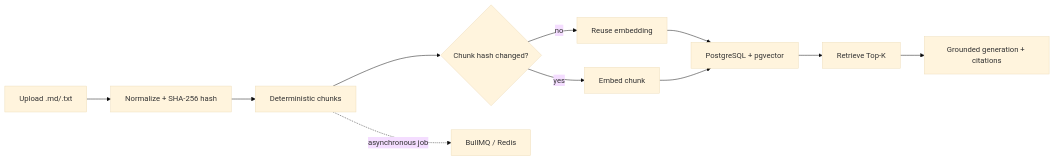
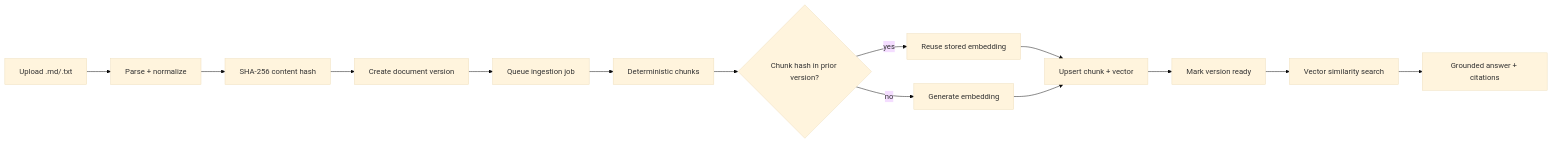
One commit to omkute/ragflow changed the second of 2 diagrams in README.md. Above: the diagram before and after it, drawn with Mermaid (base theme). The commit also changed other lines of this file, not shown here.

````diff
--- a/README.md
+++ b/README.md
@@ -13,13 +64,16 @@
 ```mermaid
 flowchart LR
-  A[Upload .md/.txt] --> B[Normalize + SHA-256 hash]
-  B --> C[Deterministic chunks]
-  C --> D{Chunk hash changed?}
-  D -- no --> E[Reuse embedding]
-  D -- yes --> F[Embed chunk]
-  E --> G[PostgreSQL + pgvector]
-  F --> G
-  G --> H[Retrieve Top-K]
-  H --> I[Grounded generation + citations]
-  C -. asynchronous job .-> J[BullMQ / Redis]
+    A[Upload .md/.txt] --> B[Parse + normalize]
+    B --> C[SHA-256 content hash]
+    C --> D[Create document version]
+    D --> E[Queue ingestion job]
+    E --> F[Deterministic chunks]
+    F --> G{Chunk hash in prior version?}
+    G -->|yes| H[Reuse stored embedding]
+    G -->|no| I[Generate embedding]
+    H --> J[Upsert chunk + vector]
+    I --> J
+    J --> K[Mark version ready]
+    K --> L[Vector similarity search]
+    L --> M[Grounded answer + citations]
 ```
````
